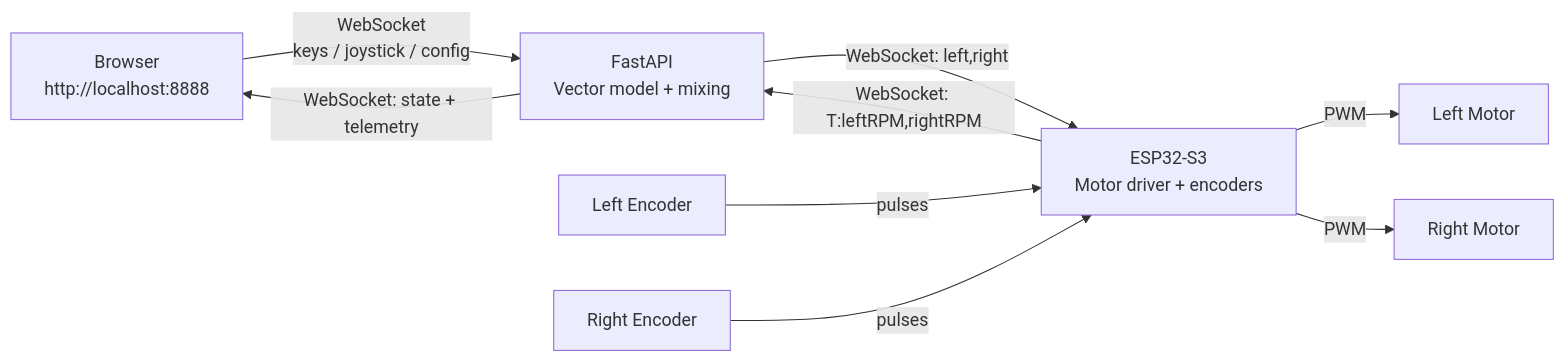
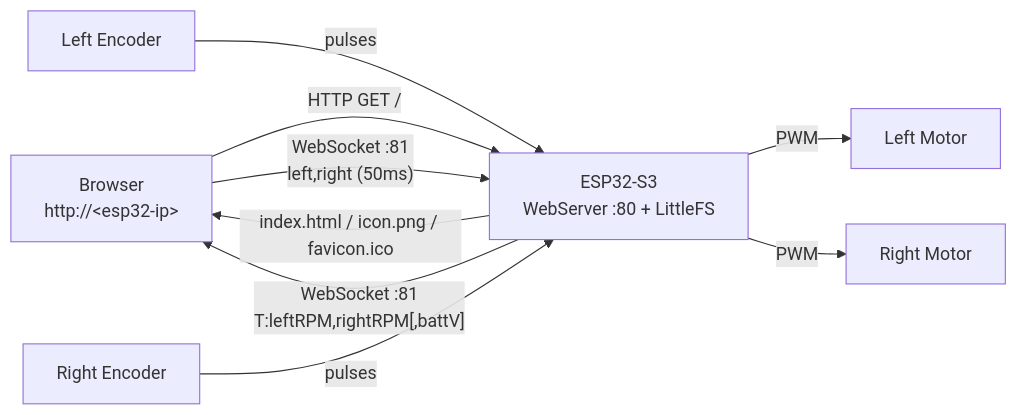
The first of 2 diagrams in README.md (debugair/car-pio), drawn with Mermaid before and after one commit. The commit also changed other lines of this file, not shown here.

````diff
--- a/README.md
+++ b/README.md
@@ -58,11 +51,11 @@
 ```mermaid
 flowchart LR
-    Browser["Browser\nhttp://localhost:8888"] -- "WebSocket\nkeys / joystick / config" --> FastAPI["FastAPI\nVector model + mixing"]
-    FastAPI -- "WebSocket: left,right" --> ESP["ESP32-S3\nMotor driver + encoders"]
-    ESP -- "WebSocket: T:leftRPM,rightRPM" --> FastAPI
-    FastAPI -- "WebSocket: state + telemetry" --> Browser
+    Browser["Browser\nhttp://&lt;esp32-ip&gt;"] -- "HTTP GET /" --> ESP["ESP32-S3\nWebServer :80 + LittleFS"]
+    ESP -- "index.html / icon.png / favicon.ico" --> Browser
+    Browser -- "WebSocket :81\nleft,right (50ms)" --> ESP
+    ESP -- "WebSocket :81\nT:leftRPM,rightRPM[,battV]" --> Browser
     ESP -- "PWM" --> LM["Left Motor"]
     ESP -- "PWM" --> RM["Right Motor"]
     EncL["Left Encoder"] -- "pulses" --> ESP
     EncR["Right Encoder"] -- "pulses" --> ESP
 ```
````
